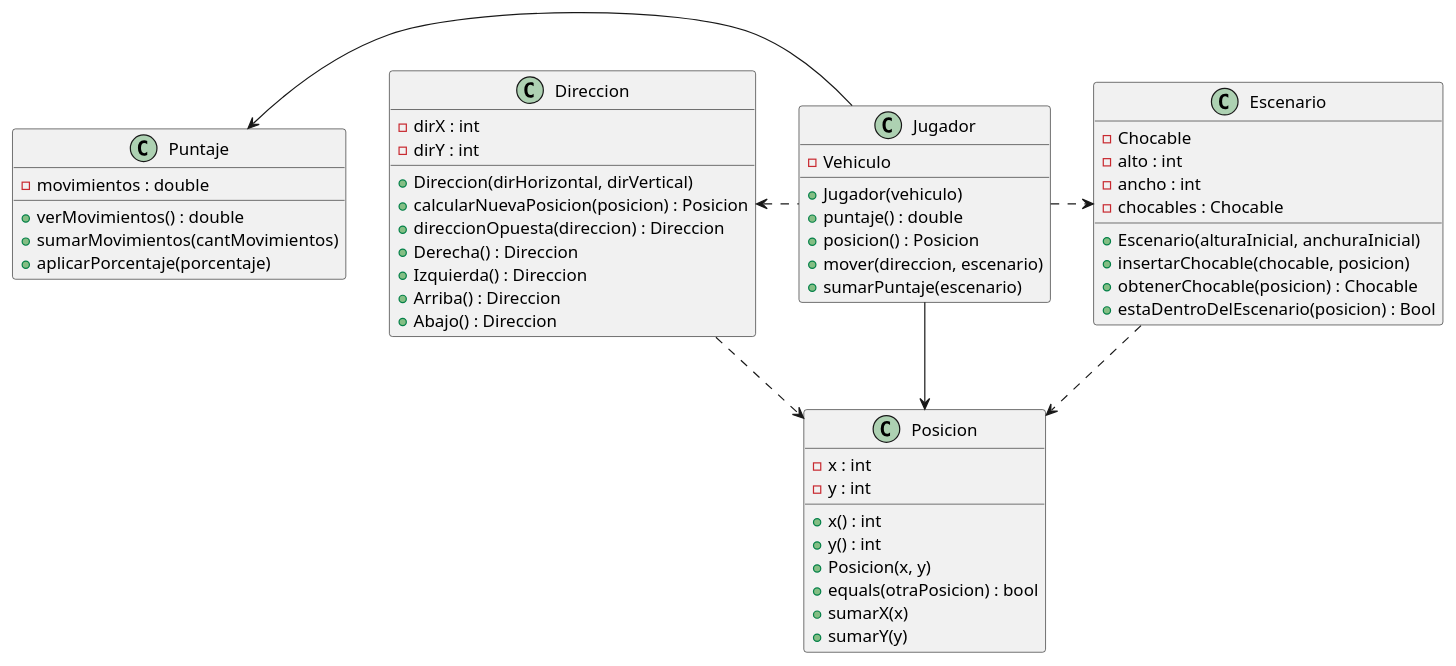
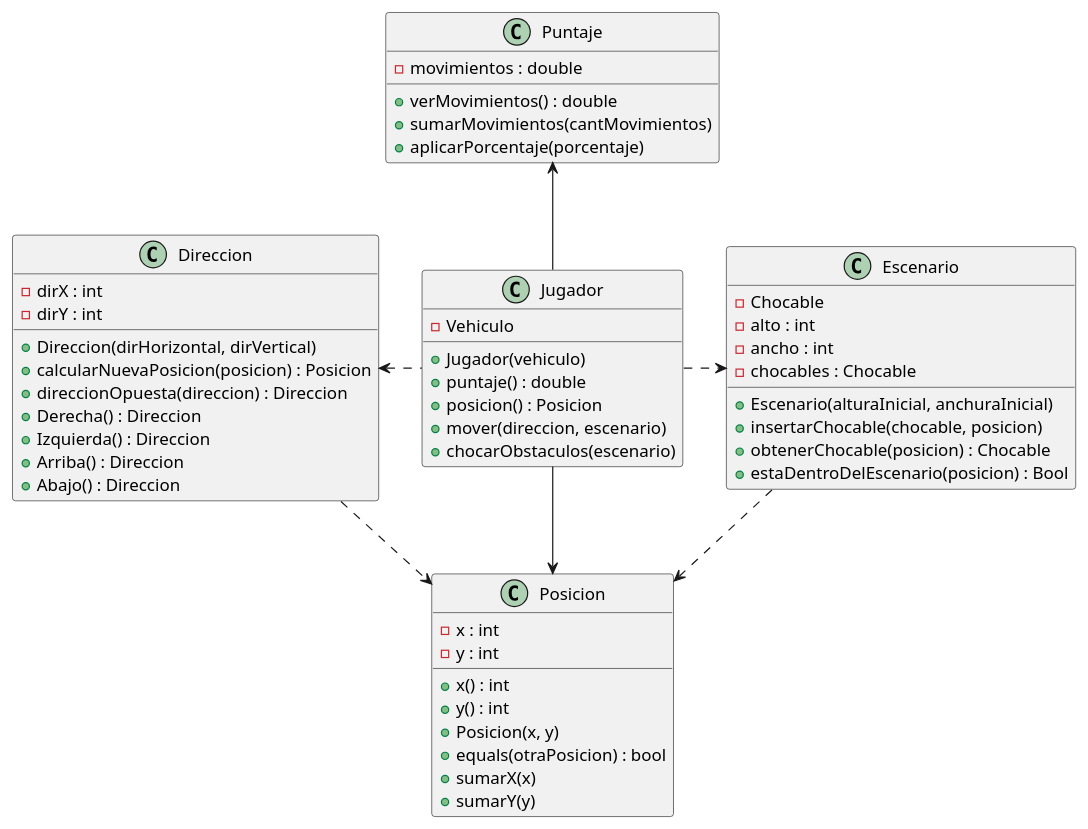
The diagram in diagrams/classes/diagrama_general.puml (NestorPala/T17-GPSChallenge), drawn with PlantUML before and after one commit. The commit also changed 2 other files, not shown here.

Commit message:
Actualizo diagrama de secuencia

```diff
--- a/diagrams/classes/diagrama_general.puml
+++ b/diagrams/classes/diagrama_general.puml
@@ -1,65 +1,65 @@
 @startuml
 
 class Jugador {
     - Vehiculo
     + Jugador(vehiculo)
     + puntaje() : double
     + posicion() : Posicion
     + mover(direccion, escenario)
-    + sumarPuntaje(escenario)
+    + chocarObstaculos(escenario)
 }
 
 class Puntaje {
     - movimientos : double
     + verMovimientos() : double
     + sumarMovimientos(cantMovimientos)
     + aplicarPorcentaje(porcentaje)
 
 }
 
 class Direccion{
     - dirX : int
     - dirY : int
     + Direccion(dirHorizontal, dirVertical)
     + calcularNuevaPosicion(posicion) : Posicion
     + direccionOpuesta(direccion) : Direccion
     + Derecha() : Direccion
     + Izquierda() : Direccion
     + Arriba() : Direccion
     + Abajo() : Direccion
 }
 
 class Escenario {
     - Chocable
     - alto : int
     - ancho : int
     - chocables : Chocable
     + Escenario(alturaInicial, anchuraInicial) 
     + insertarChocable(chocable, posicion)
     + obtenerChocable(posicion) : Chocable
     + estaDentroDelEscenario(posicion) : Bool
 }
 
 class Posicion {
     - x : int
     - y : int
     + x() : int
     + y() : int
     + Posicion(x, y)
     + equals(otraPosicion) : bool
     + sumarX(x)
     + sumarY(y)
 }
 
-Puntaje <- Jugador
+Puntaje <-- Jugador
 
 Posicion <-- Jugador
 Jugador .> Escenario
 
 Direccion .> Posicion
 Direccion <. Jugador
 
 Escenario ..> Posicion
 
 
 @enduml
```
